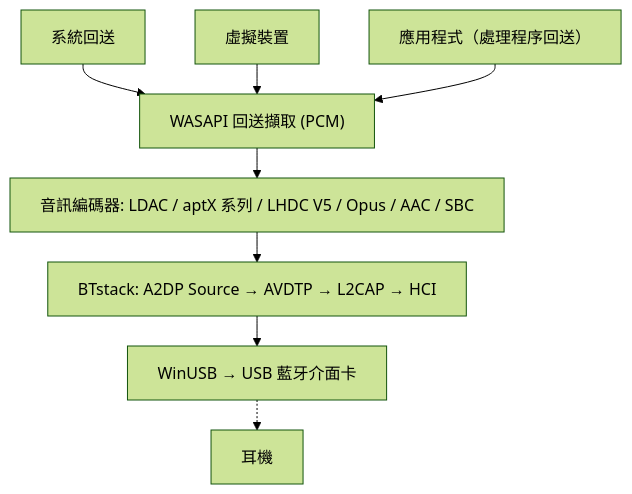
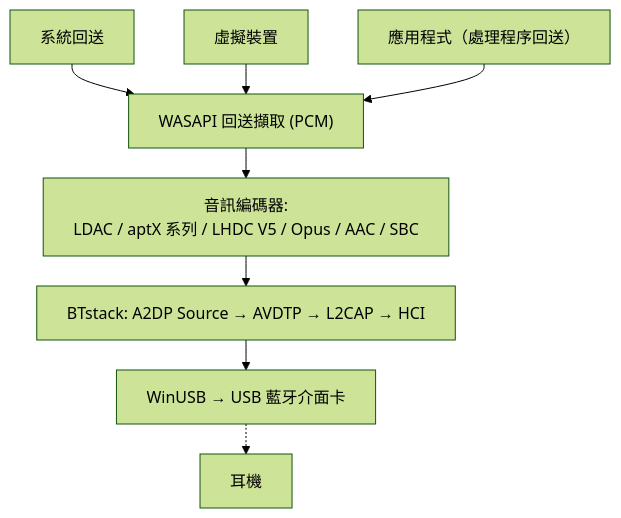
The diagram in docs/zh-TW/index.md (SeiyaFunaokaJP/BlueCaster), drawn with Mermaid (forest theme) before and after one commit. The commit also changed 15 other files, not shown here.

First line of the commit message:
Docs: shorter lines in the sequence diagrams, encoder label on Home

````diff
--- a/docs/zh-TW/index.md
+++ b/docs/zh-TW/index.md
@@ -124,17 +124,17 @@
 ```mermaid
 ---
 config:
   flowchart:
     wrappingWidth: 480
     rankSpacing: 30
 ---
 flowchart TD
     s1["系統回送"]
     s2["虛擬裝置"]
     s3["應用程式（處理程序回送）"]
     s1 & s2 & s3 --> cap["WASAPI 回送擷取 (PCM)"]
-    cap --> enc["音訊編碼器: LDAC / aptX 系列 / LHDC V5 / Opus / AAC / SBC"]
+    cap --> enc["音訊編碼器:<br>LDAC / aptX 系列 / LHDC V5 / Opus / AAC / SBC"]
     enc --> bt["BTstack: A2DP Source → AVDTP → L2CAP → HCI"]
     bt --> usb["WinUSB → USB 藍牙介面卡"]
     usb -.-> hp["耳機"]
 ```
````
